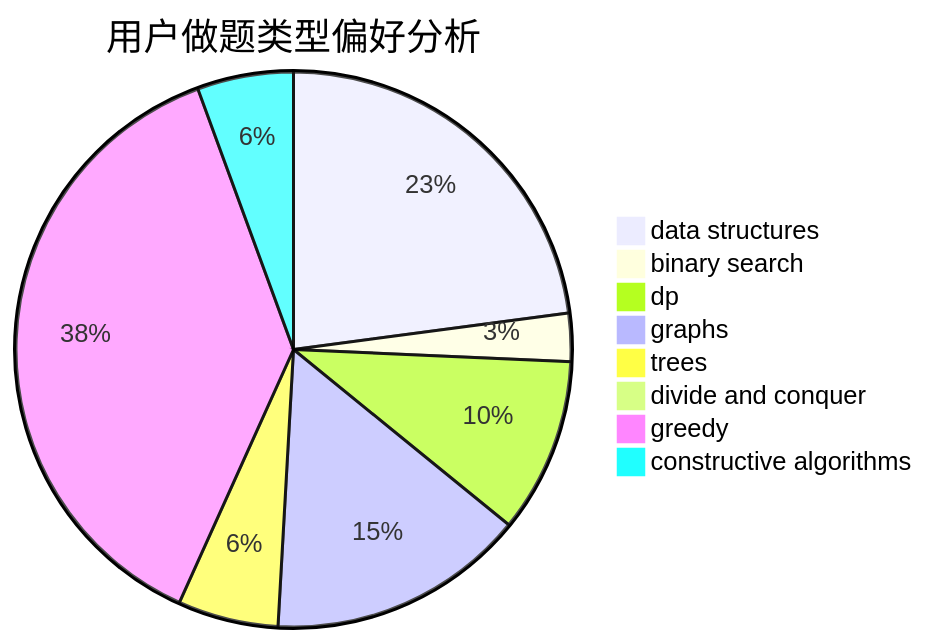
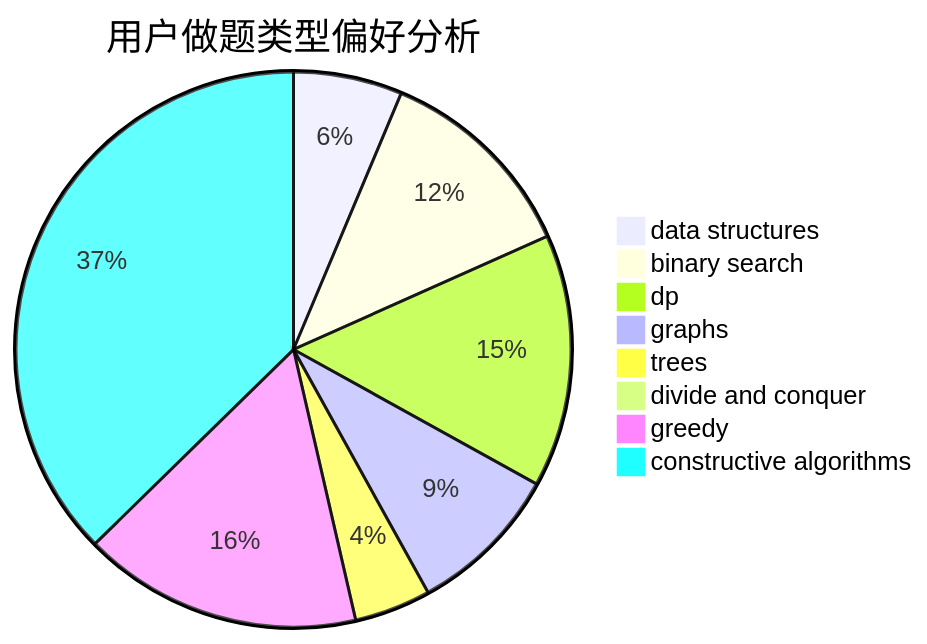
Before and after one commit to sherpahu/cfrs.github.io: the second of 3 diagrams in docs/user/u1882.md, drawn with Mermaid. The commit also changed other lines of this file and 2770 other files, not shown here.

````diff
--- a/docs/user/u1882.md
+++ b/docs/user/u1882.md
@@ -23,11 +23,11 @@
 ```mermaid
 pie title 用户做题类型偏好分析
-    "data structures" :  90
-    "binary search" :  11
-    "dp" :  40
-    "graphs" :  59
-    "trees" :  23
-    "divide and conquer" :  0
-    "greedy" :  148
-    "constructive algorithms" :  22
+    "data structures" :  37
+    "binary search" :  70
+    "dp" :  86
+    "graphs" :  52
+    "trees" :  26
+    "divide and conquer" :  3
+    "greedy" :  95
+    "constructive algorithms" :  218
 ```
````
